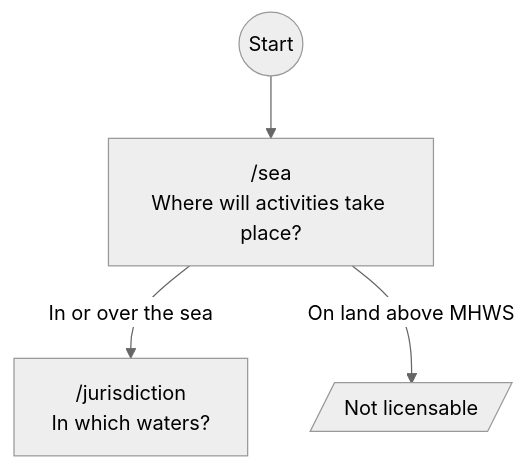
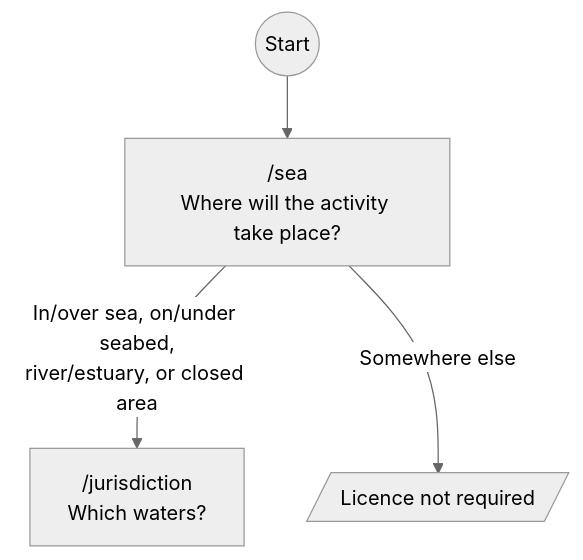
Before and after one commit to DEFRA/marine-licensing-frontend: the first of 6 diagrams in src/server/journey/self-service/data/README.data.md, drawn with Mermaid (neutral theme). The commit also changed other lines of this file and 3 other files, not shown here.

````diff
--- a/src/server/journey/self-service/data/README.data.md
+++ b/src/server/journey/self-service/data/README.data.md
@@ -39,6 +41,6 @@
 ```mermaid
 flowchart TD
-    START(("Start")) --> SEA["/sea<br/>Where will activities take place?"]
-    SEA -->|In or over the sea| JURISDICTION["/jurisdiction<br/>In which waters?"]
-    SEA -->|On land above MHWS| EXIT_SEA[/"Not licensable"/]
+    START(("Start")) --> SEA["/sea<br/>Where will the activity take place?"]
+    SEA -->|"In/over sea, on/under seabed,<br/>river/estuary, or closed area"| JURISDICTION["/jurisdiction<br/>Which waters?"]
+    SEA -->|Somewhere else| EXIT_SEA[/"Licence not required"/]
 ```
````
